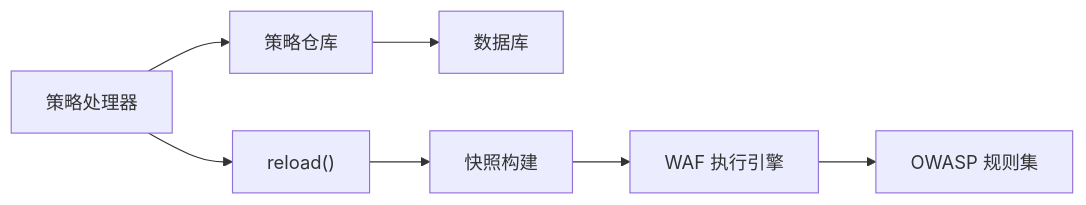
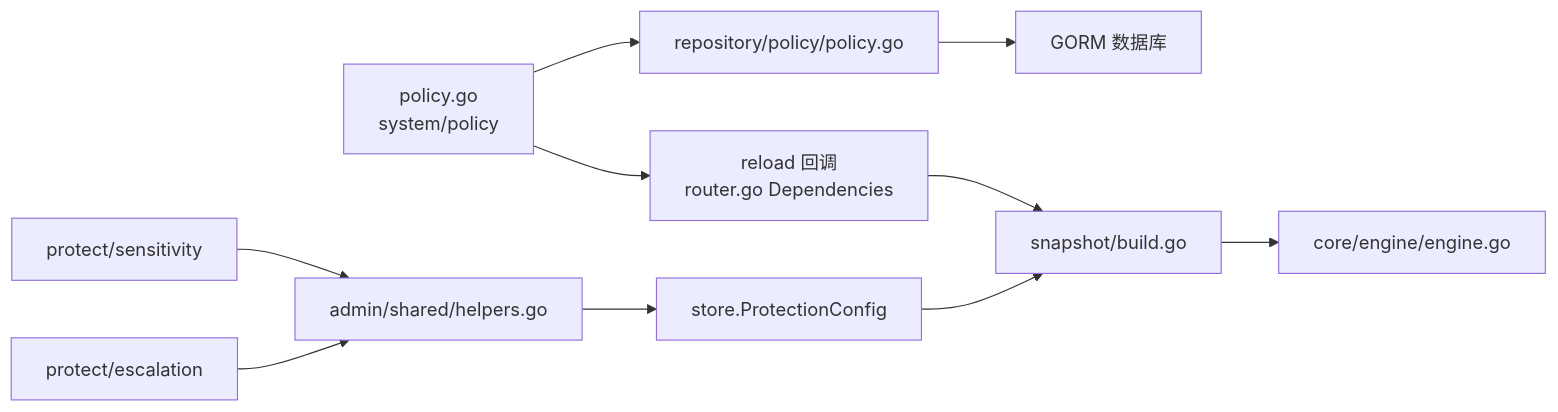
One commit to x01n/My-OpenWaf changed the sixth of 6 diagrams in docs/管理 API 系统/策略管理 API.md. Above: the diagram before and after it, drawn with Mermaid. The commit also changed other lines of this file and 622 other files, not shown here.

````diff
--- a/docs/管理 API 系统/策略管理 API.md
+++ b/docs/管理 API 系统/策略管理 API.md
@@ -267,9 +445,12 @@
 ```mermaid
 graph LR
-Handler["策略处理器"] --> Repo["策略仓库"]
-Handler --> Reload["reload()"]
-Repo --> DB["数据库"]
-Reload --> Snapshot["快照构建"]
-Snapshot --> Engine["WAF 执行引擎"]
-Engine --> OWASP["OWASP 规则集"]
+POL["policy.go<br/>system/policy"] --> PREPO["repository/policy/policy.go"]
+PREPO --> SQL["GORM 数据库"]
+POL --> RELOAD["reload 回调<br/>router.go Dependencies"]
+RELOAD --> BUILD["snapshot/build.go"]
+BUILD --> ENG["core/engine/engine.go"]
+SENS["protect/sensitivity"] --> SHARED["admin/shared/helpers.go"]
+ESCA["protect/escalation"] --> SHARED
+SHARED --> PROTCFG["store.ProtectionConfig"]
+PROTCFG --> BUILD
 ```
````
